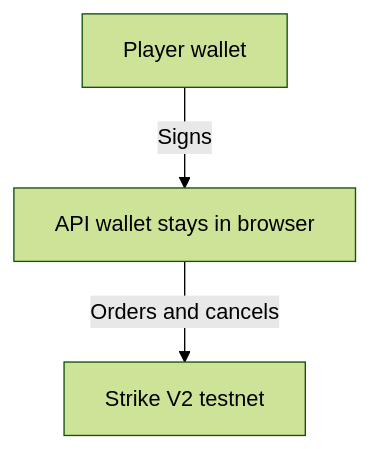
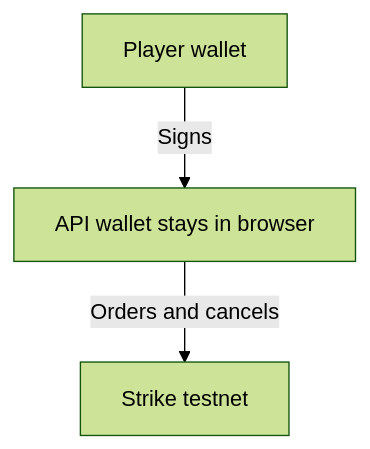
One commit to Web3Kyami/Toruni changed the second of 3 diagrams in README.md. Above: the diagram before and after it, drawn with Mermaid (forest theme).

Commit message:
Fit testnet node in the mobile README diagram

````diff
--- a/README.md
+++ b/README.md
@@ -63,5 +63,5 @@
 ```mermaid
 flowchart TD
     Wallet[Player wallet] -->|Signs| Browser[API wallet stays in browser]
-    Browser -->|Orders and cancels| Strike[Strike V2 testnet]
+    Browser -->|Orders and cancels| Strike[Strike testnet]
 ```
````
